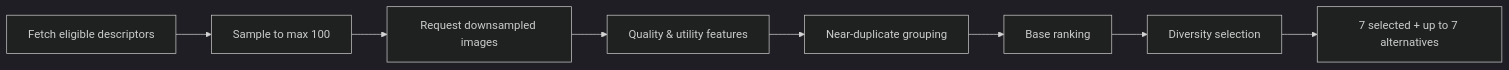
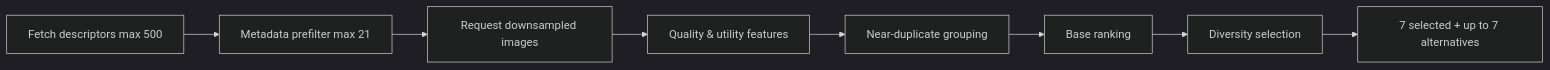
The third of 3 diagrams in docs/04-TRD.md (kimsol1134/weekkeep), drawn with Mermaid (dark theme) before and after one commit. The commit also changed other lines of this file and 367 other files, not shown here.

````diff
--- a/docs/04-TRD.md
+++ b/docs/04-TRD.md
@@ -409,10 +422,10 @@
 ```mermaid
 flowchart LR
-    F["Fetch eligible descriptors"] --> S["Sample to max 100"]
+    F["Fetch descriptors max 500"] --> S["Metadata prefilter max 21"]
     S --> T["Request downsampled images"]
     T --> Q["Quality & utility features"]
     Q --> D["Near-duplicate grouping"]
     D --> R["Base ranking"]
     R --> M["Diversity selection"]
     M --> O["7 selected + up to 7 alternatives"]
 ```
````
